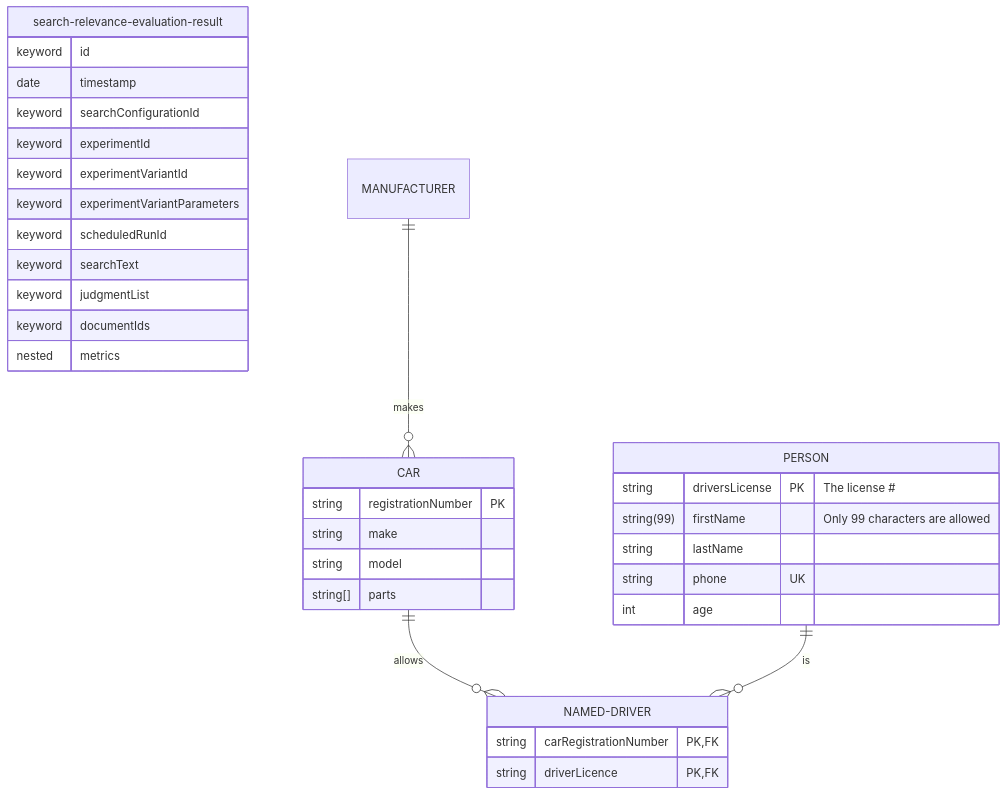
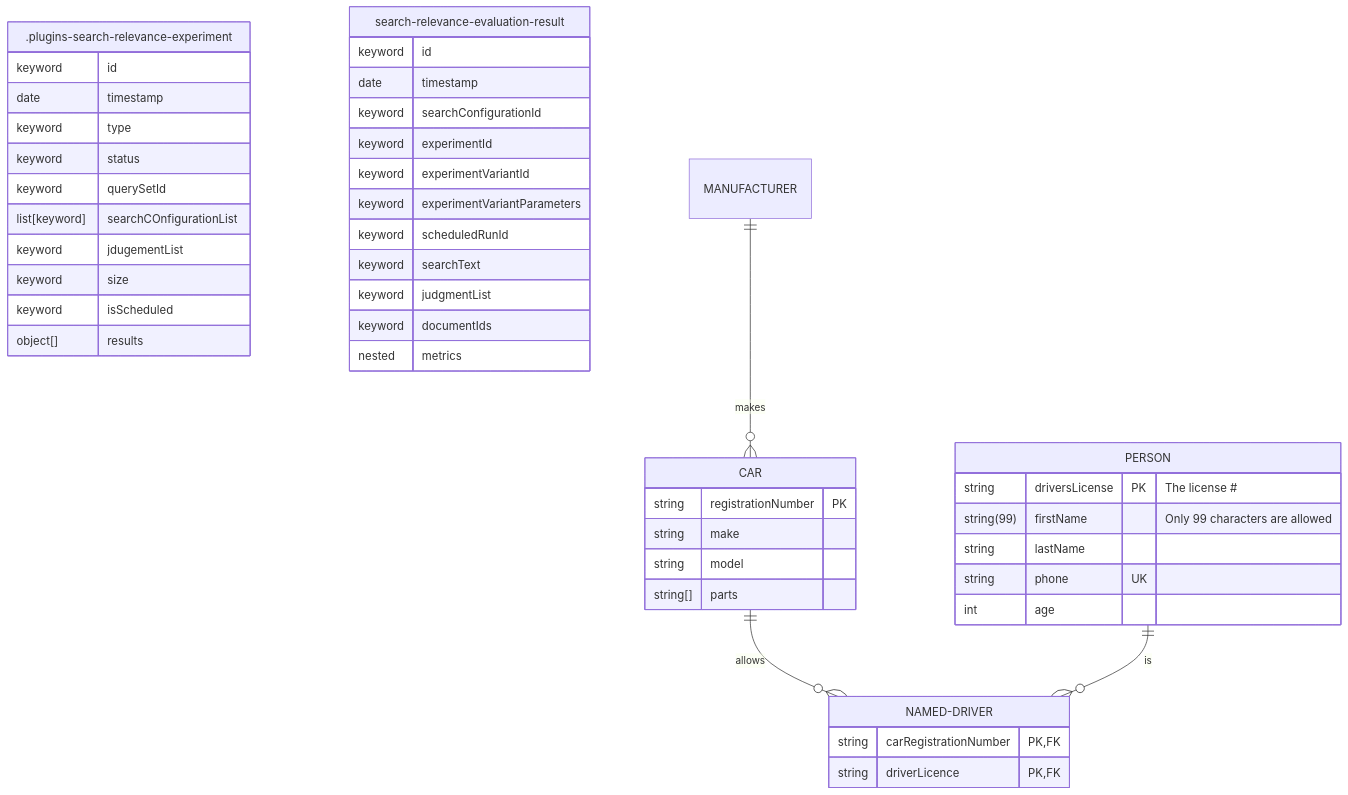
One commit to opensearch-project/search-relevance changed the first of 4 diagrams in DEVELOPER_GUIDE.md. Above: the diagram before and after it, drawn with Mermaid.

Commit message:
document first two indices

````diff
--- a/DEVELOPER_GUIDE.md
+++ b/DEVELOPER_GUIDE.md
@@ -314,39 +314,51 @@
 ```mermaid
 erDiagram
 
+    .plugins-search-relevance-experiment {
+        keyword id
+        date timestamp
+        keyword type
+        keyword status
+        keyword querySetId
+        list[keyword] searchCOnfigurationList
+        keyword jdugementList
+        keyword size
+        keyword isScheduled
+        object[] results
+    }
     search-relevance-evaluation-result {
         keyword id
         date timestamp
         keyword searchConfigurationId
         keyword experimentId
         keyword experimentVariantId
         keyword experimentVariantParameters
         keyword scheduledRunId
         keyword searchText
         keyword judgmentList
         keyword documentIds
         nested metrics        
     }
     
     
     CAR ||--o{ NAMED-DRIVER : allows
     CAR {
         string registrationNumber PK
         string make
         string model
         string[] parts
     }
     PERSON ||--o{ NAMED-DRIVER : is
     PERSON {
         string driversLicense PK "The license #"
         string(99) firstName "Only 99 characters are allowed"
         string lastName
         string phone UK
         int age
     }
     NAMED-DRIVER {
         string carRegistrationNumber PK, FK
         string driverLicence PK, FK
     }
     MANUFACTURER only one to zero or more CAR : makes
 ```
````
